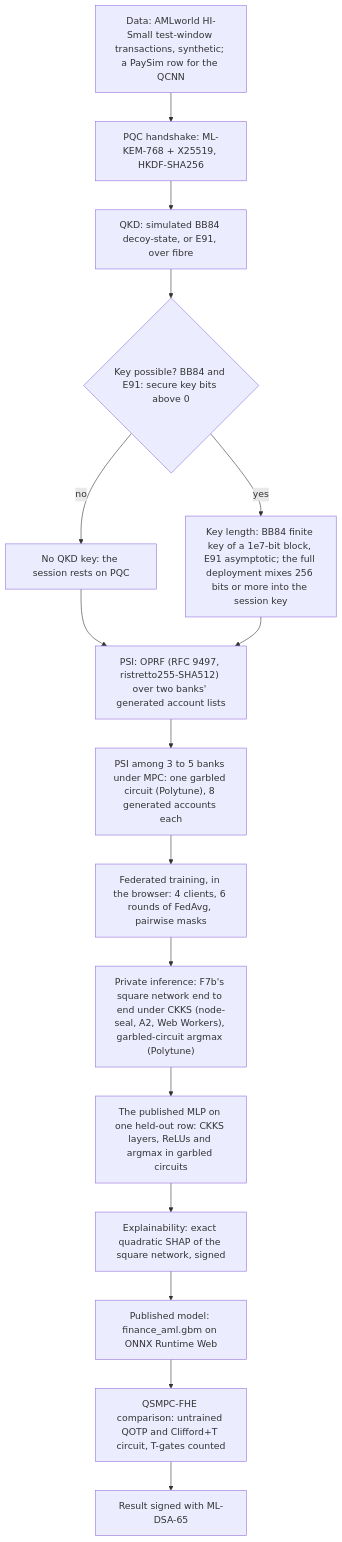
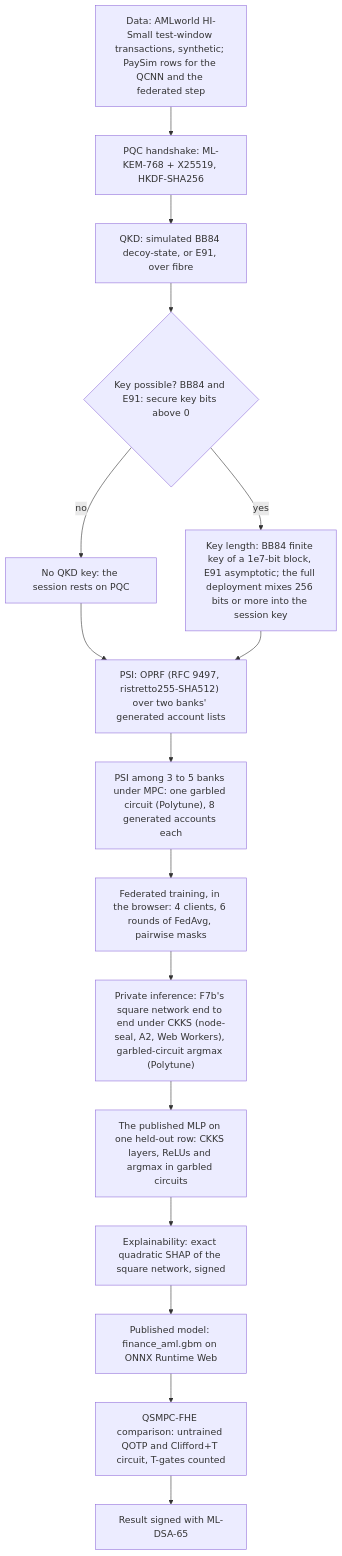
Before and after one commit to Quantum-Daemons/QSMPC-QKD-QHE-AI-Hybrid: the third of 11 diagrams in README.md, drawn with Mermaid. The commit also changed 12 other files, not shown here.

````diff
--- a/README.md
+++ b/README.md
@@ -119,33 +119,33 @@
 ```mermaid
 flowchart TB
-  D["Data: AMLworld HI-Small test-window transactions, synthetic; a PaySim row for the QCNN"]
+  D["Data: AMLworld HI-Small test-window transactions, synthetic; PaySim rows for the QCNN and the federated step"]
   H["PQC handshake: ML-KEM-768 + X25519, HKDF-SHA256"]
   K["QKD: simulated BB84 decoy-state, or E91, over fibre"]
   Q{"Key possible? BB84 and E91: secure key bits above 0"}
   N["No QKD key: the session rests on PQC"]
   L["Key length: BB84 finite key of a 1e7-bit block, E91 asymptotic; the full deployment mixes 256 bits or more into the session key"]
   P["PSI: OPRF (RFC 9497, ristretto255-SHA512) over two banks' generated account lists"]
   MP["PSI among 3 to 5 banks under MPC: one garbled circuit (Polytune), 8 generated accounts each"]
   FL["Federated training, in the browser: 4 clients, 6 rounds of FedAvg, pairwise masks"]
   I["Private inference: F7b's square network end to end under CKKS (node-seal, A2, Web Workers), garbled-circuit argmax (Polytune)"]
   MM["The published MLP on one held-out row: CKKS layers, ReLUs and argmax in garbled circuits"]
   X["Explainability: exact quadratic SHAP of the square network, signed"]
   M["Published model: finance_aml.gbm on ONNX Runtime Web"]
   C["QSMPC-FHE comparison: untrained QOTP and Clifford+T circuit, T-gates counted"]
   S["Result signed with ML-DSA-65"]
   D --> H
   H --> K
   K --> Q
   Q -->|no| N
   Q -->|yes| L
   N --> P
   L --> P
   P --> MP
   MP --> FL
   FL --> I
   I --> MM
   MM --> X
   X --> M
   M --> C
   C --> S
 ```
````
